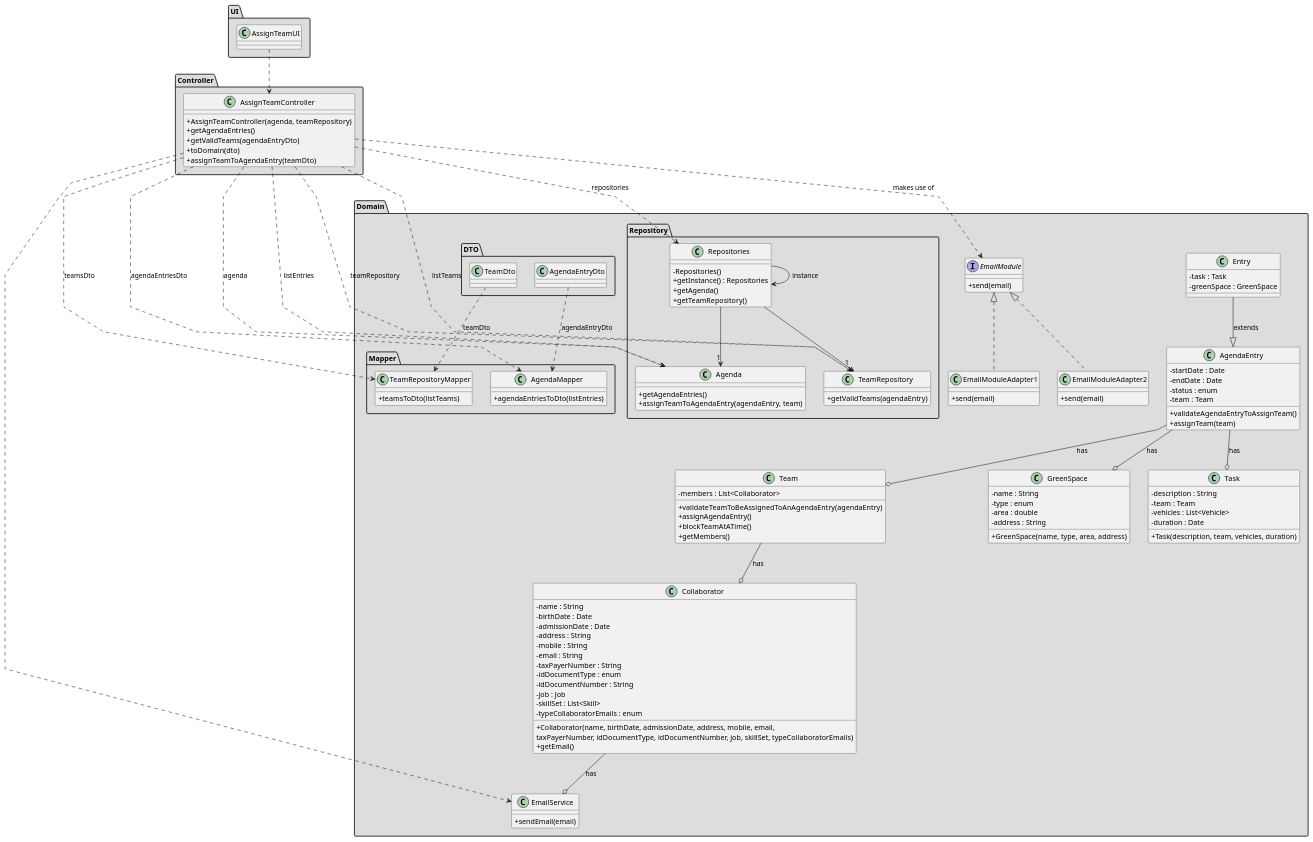
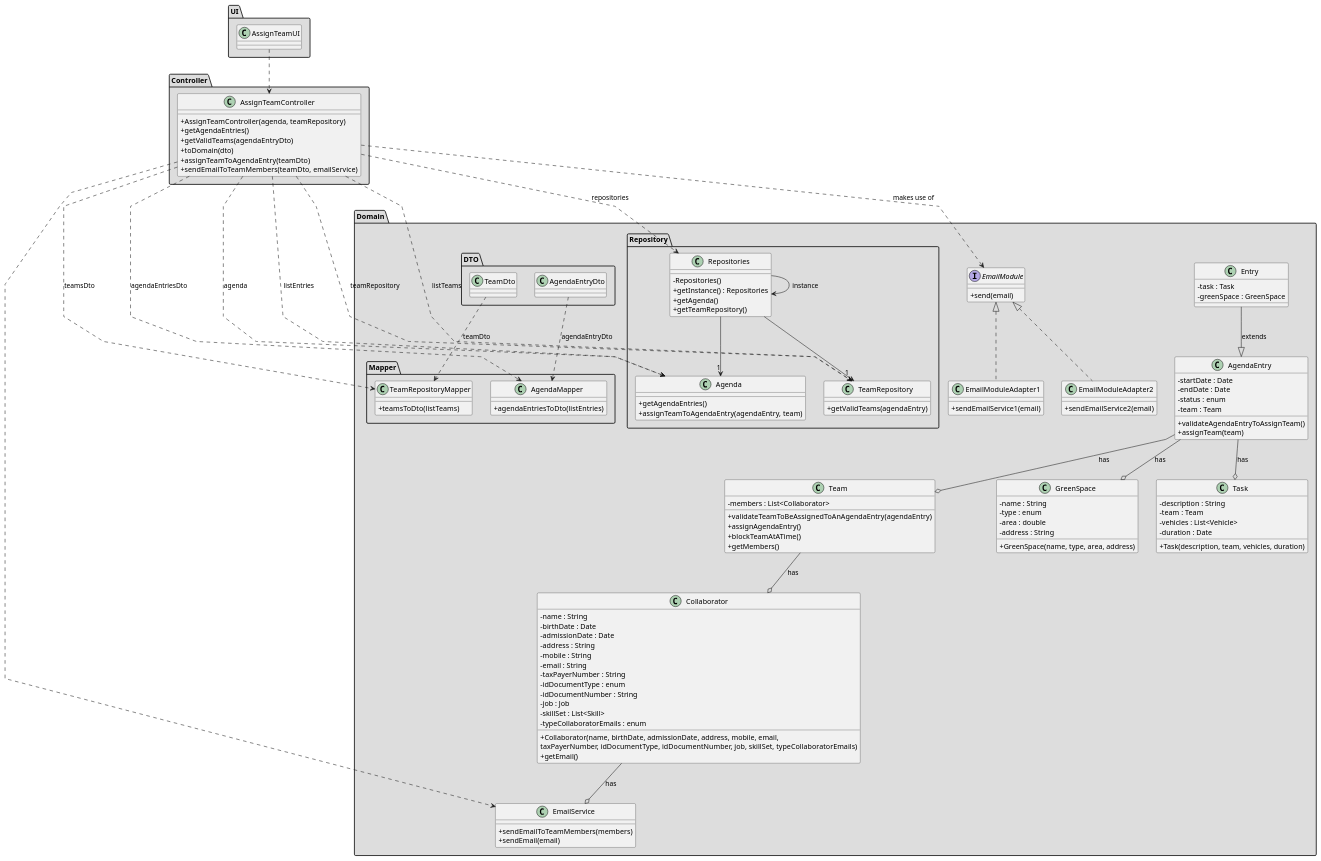
Before and after one commit to diogoveirospro/lei-24-s2-1dg-g072: the diagram in docs/sprintC/us023/03.design/puml/us023-class-diagram.puml, drawn with PlantUML. The commit also changed 18 other files, not shown here.

```diff
--- a/docs/sprintC/us023/03.design/puml/us023-class-diagram.puml
+++ b/docs/sprintC/us023/03.design/puml/us023-class-diagram.puml
@@ -1,178 +1,180 @@
 @startuml
 'skinparam monochrome true
 skinparam packageStyle folder
 skinparam shadowing false
 skinparam linetype polyline
 'skinparam linetype orto
 
 skinparam classAttributeIconSize 0
 
 'left to right direction
 
 package "UI" #DDDDDD {
 
     class AssignTeamUI {
     }
 }
 
 
 package "Controller" #DDDDDD {
 
     class AssignTeamController {
         + AssignTeamController(agenda, teamRepository)
         + getAgendaEntries()
         + getValidTeams(agendaEntryDto)
         + toDomain(dto)
         + assignTeamToAgendaEntry(teamDto)
+        + sendEmailToTeamMembers(teamDto, emailService)
+    }
 
-    }
 }
 
 package "Domain" #DDDDDD {
 
 package "Repository" #DDDDDD {
 
     class Repositories {
         - Repositories()
         + getInstance() : Repositories
         + getAgenda()
         + getTeamRepository()
 
     }
 
     class Agenda {
         + getAgendaEntries()
         + assignTeamToAgendaEntry(agendaEntry, team)
     }
 
     class TeamRepository {
         + getValidTeams(agendaEntry)
     }
 
 }
 
 package "Mapper" #DDDDDD {
 
     class AgendaMapper {
         + agendaEntriesToDto(listEntries)
     }
 
     class TeamRepositoryMapper {
         + teamsToDto(listTeams)
     }
 }
 
 package "DTO" #DDDDDD {
 
     class AgendaEntryDto {
     }
 
     class TeamDto {
     }
 
 }
 
     class Entry {
         - task : Task
         - greenSpace : GreenSpace
     }
 
     class AgendaEntry {
         - startDate : Date
         - endDate : Date
         - status : enum
         - team : Team
         + validateAgendaEntryToAssignTeam()
         + assignTeam(team)
     }
 
     class Team {
         - members : List<Collaborator>
         + validateTeamToBeAssignedToAnAgendaEntry(agendaEntry)
         + assignAgendaEntry()
         + blockTeamAtATime()
         + getMembers()
     }
 
     class Collaborator {
         - name : String
         - birthDate : Date
         - admissionDate : Date
         - address : String
         - mobile : String
         - email : String
         - taxPayerNumber : String
         - idDocumentType : enum
         - idDocumentNumber : String
         - job : Job
         - skillSet : List<Skill>
         - typeCollaboratorEmails : enum
         + Collaborator(name, birthDate, admissionDate, address, mobile, email, \ntaxPayerNumber, idDocumentType, idDocumentNumber, job, skillSet, typeCollaboratorEmails)
         + getEmail()
     }
 
     class EmailService {
+        + sendEmailToTeamMembers(members)
         + sendEmail(email)
     }
 
     class GreenSpace {
         - name : String
         - type : enum
         - area : double
         - address : String
         + GreenSpace(name, type, area, address)
     }
 
     class Task {
         - description : String
         - team : Team
         - vehicles : List<Vehicle>
         - duration : Date
         + Task(description, team, vehicles, duration)
     }
 
     interface EmailModule {
         + send(email)
     }
 
     class EmailModuleAdapter1 {
-        + send(email)
+        + sendEmailService1(email)
     }
 
     class EmailModuleAdapter2 {
-        + send(email)
+        + sendEmailService2(email)
     }
 
 }
 
 AssignTeamUI ..> AssignTeamController
 AssignTeamController ..> Repositories : repositories
 Repositories --> Repositories : instance
 AssignTeamController ..> Agenda : agenda
 AssignTeamController ..> TeamRepository : teamRepository
 
 AssignTeamController ..> AgendaMapper : agendaEntriesDto
 AssignTeamController ..> TeamRepositoryMapper : teamsDto
 AssignTeamController ..> Agenda : listEntries
 AssignTeamController ..> TeamRepository : listTeams
 
 Repositories --> "1" Agenda
 Repositories --> "1" TeamRepository
 
 AgendaEntryDto ..> AgendaMapper : agendaEntryDto
 TeamDto ..> TeamRepositoryMapper : teamDto
 
 Entry --|> AgendaEntry : extends
 AgendaEntry --o Team : has
 Team --o Collaborator : has
 AgendaEntry --o Task : has
 AgendaEntry --o GreenSpace : has
 
 Collaborator --o EmailService : has
 AssignTeamController ..> EmailService
 
 EmailModule <|.. EmailModuleAdapter1
 EmailModule <|.. EmailModuleAdapter2
 AssignTeamController ..> EmailModule : makes use of
 
 @enduml
```
